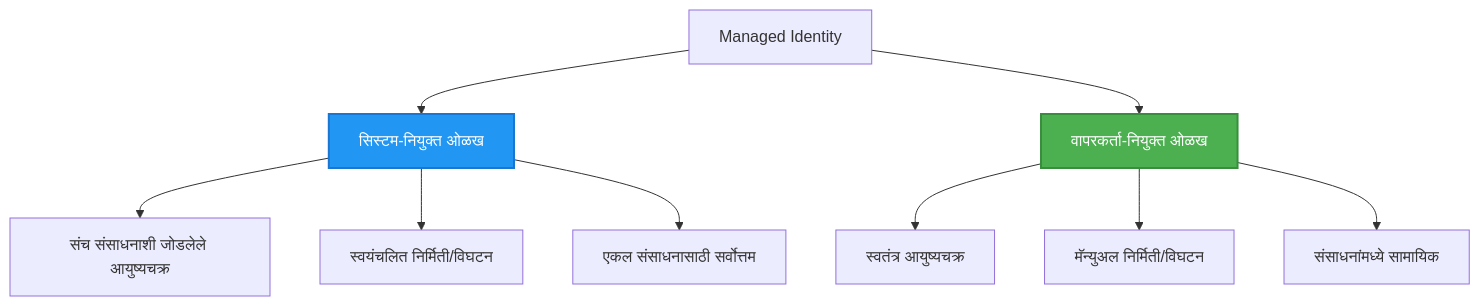
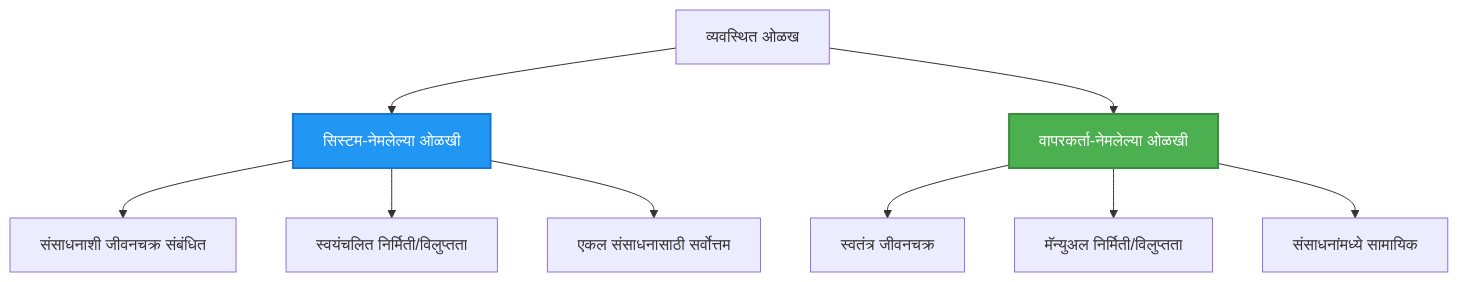
Before and after one commit to microsoft/AZD-for-beginners: the second of 2 diagrams in translations/mr/docs/chapter-03-configuration/authsecurity.md, drawn with Mermaid. The commit also changed other lines of this file and 104 other files, not shown here.

````diff
--- a/translations/mr/docs/chapter-03-configuration/authsecurity.md
+++ b/translations/mr/docs/chapter-03-configuration/authsecurity.md
@@ -97,20 +98,20 @@
 ```mermaid
 graph TB
-    MI[Managed Identity]
-    SystemAssigned[सिस्टम-नियुक्त ओळख]
-    UserAssigned[वापरकर्ता-नियुक्त ओळख]
+    MI[व्यवस्थित ओळख]
+    SystemAssigned[सिस्टम-नेमलेल्या ओळखी]
+    UserAssigned[वापरकर्ता-नेमलेल्या ओळखी]
     
     MI --> SystemAssigned
     MI --> UserAssigned
     
-    SystemAssigned --> SA1[संच संसाधनाशी जोडलेले आयुष्यचक्र]
-    SystemAssigned --> SA2[स्वयंचलित निर्मिती/विघटन]
+    SystemAssigned --> SA1[संसाधनाशी जीवनचक्र संबंधित]
+    SystemAssigned --> SA2[स्वयंचलित निर्मिती/विलुप्तता]
     SystemAssigned --> SA3[एकल संसाधनासाठी सर्वोत्तम]
     
-    UserAssigned --> UA1[स्वतंत्र आयुष्यचक्र]
-    UserAssigned --> UA2[मॅन्युअल निर्मिती/विघटन]
+    UserAssigned --> UA1[स्वतंत्र जीवनचक्र]
+    UserAssigned --> UA2[मॅन्युअल निर्मिती/विलुप्तता]
     UserAssigned --> UA3[संसाधनांमध्ये सामायिक]
     
     style SystemAssigned fill:#2196F3,stroke:#1976D2,stroke-width:2px,color:#fff
     style UserAssigned fill:#4CAF50,stroke:#388E3C,stroke-width:2px,color:#fff
 ```
````
